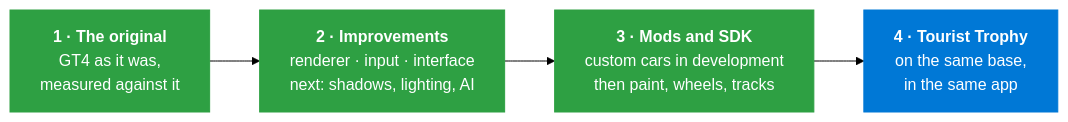
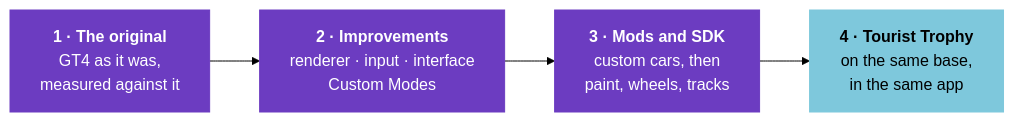
Before and after one commit to Jonhline/MoonEngine: the fourth of 4 diagrams in README.md, drawn with Mermaid (forest theme). The commit also changed other lines of this file and 42 other files, not shown here.

````diff
--- a/README.md
+++ b/README.md
@@ -629,10 +532,10 @@
 ```mermaid
 flowchart LR
     A["<b>1 · The original</b><br/>GT4 as it was,<br/>measured against it"]:::now
-    B["<b>2 · Improvements</b><br/>renderer · input · interface<br/>next: shadows, lighting, AI"]:::now
-    C["<b>3 · Mods and SDK</b><br/>custom cars in development<br/>then paint, wheels, tracks"]:::now
+    B["<b>2 · Improvements</b><br/>renderer · input · interface<br/>Custom Modes"]:::now
+    C["<b>3 · Mods and SDK</b><br/>custom cars, then<br/>paint, wheels, tracks"]:::now
     D["<b>4 · Tourist Trophy</b><br/>on the same base,<br/>in the same app"]:::later
     A --> B --> C --> D
-    classDef now fill:#2EA043,stroke:#2EA043,color:#ffffff
-    classDef later fill:#0078D6,stroke:#0078D6,color:#ffffff
+    classDef now fill:#6C3CC1,stroke:#6C3CC1,color:#ffffff
+    classDef later fill:#7EC8DC,stroke:#7EC8DC,color:#000000
 ```
````
